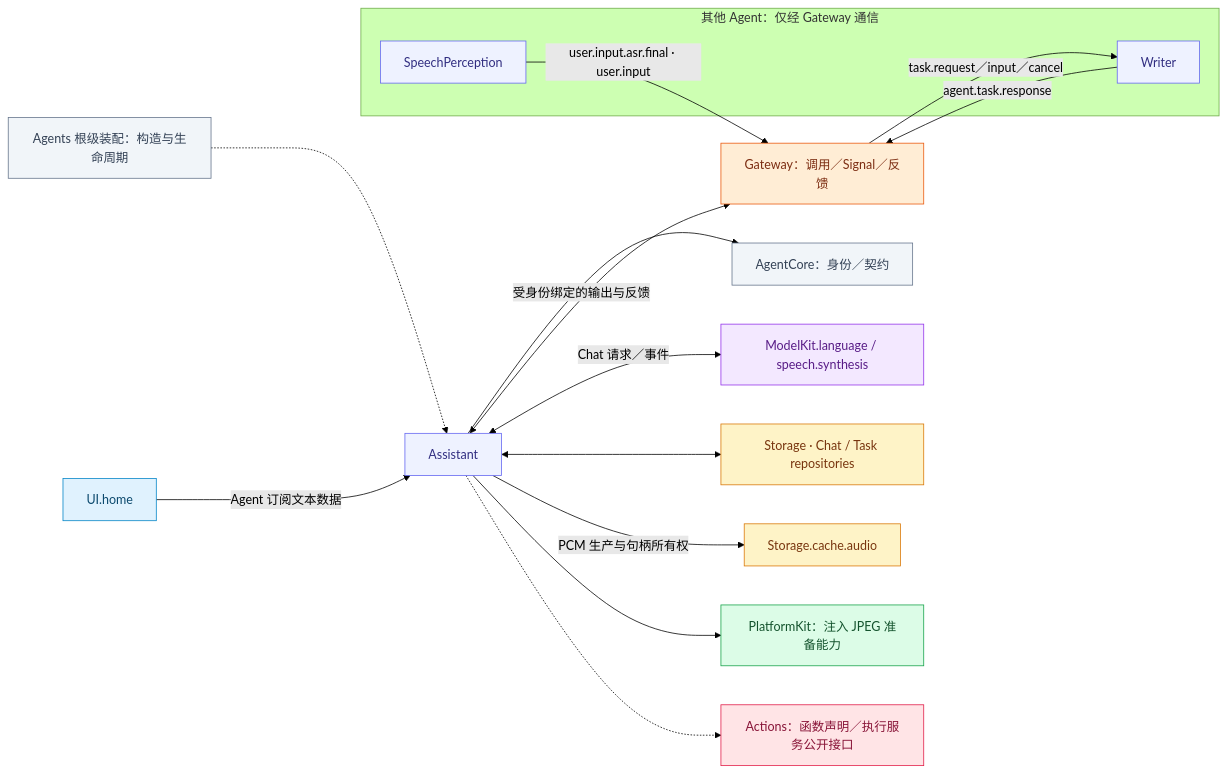
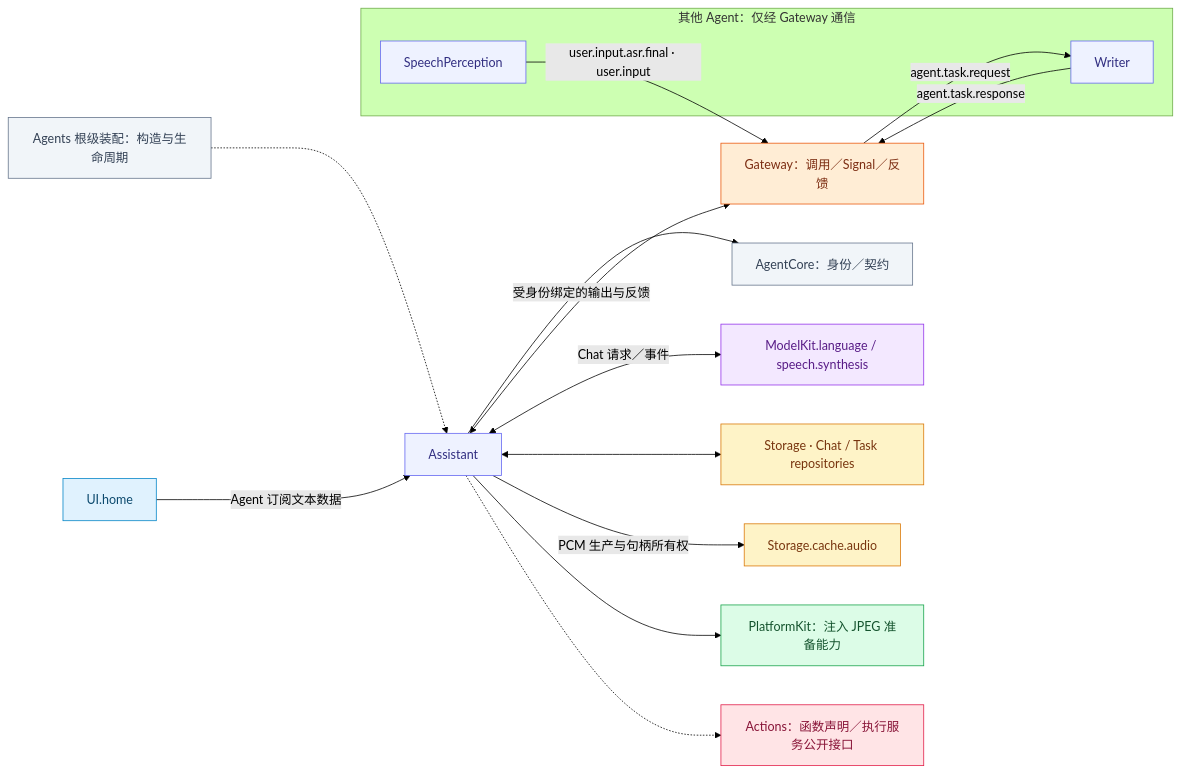
The first of 3 diagrams in MobileHarness/Agents/Assistant/README.md (devilyouwei/MobileHarness), drawn with Mermaid (forest theme) before and after one commit. The commit also changed other lines of this file and 115 other files, not shown here.

````diff
--- a/MobileHarness/Agents/Assistant/README.md
+++ b/MobileHarness/Agents/Assistant/README.md
@@ -35,38 +35,38 @@
 ```mermaid
 flowchart LR
  A["Assistant"]:::agent
  G["Gateway：调用／Signal／反馈"]:::gateway
  C["AgentCore：身份／契约"]:::host
  H["Agents 根级装配：构造与生命周期"]:::host
  H -.-> A
  A --> C
  A <-->|"受身份绑定的输出与反馈"| G
  U["UI.home"]:::ui
  U -->|"Agent 订阅文本数据"| A
  M["ModelKit.language / speech.synthesis"]:::model
  A <-->|"Chat 请求／事件"| M
  S["Storage · Chat / Task repositories"]:::storage
  A <--> S
  AC["Storage.cache.audio"]:::storage
  A -->|"PCM 生产与句柄所有权"| AC
  P["PlatformKit：注入 JPEG 准备能力"]:::platform
  A --> P
  X["Actions：函数声明／执行服务公开接口"]:::action
  A -.-> X
  subgraph Peers["其他 Agent：仅经 Gateway 通信"]
  SP["SpeechPerception"]:::agent
  W["Writer"]:::agent
  end
  SP -->|"user.input.asr.final · user.input"| G
- G -->|"task.request／input／cancel"| W
+ G -->|"agent.task.request"| W
  W -->|"agent.task.response"| G
 
  classDef ui fill:#e0f2fe,stroke:#0284c7,color:#0c4a6e
  classDef platform fill:#dcfce7,stroke:#16a34a,color:#14532d
  classDef model fill:#f3e8ff,stroke:#9333ea,color:#581c87
  classDef storage fill:#fef3c7,stroke:#d97706,color:#78350f
  classDef agent fill:#eef2ff,stroke:#6366f1,color:#312e81
  classDef gateway fill:#ffedd5,stroke:#ea580c,color:#7c2d12
  classDef action fill:#ffe4e6,stroke:#e11d48,color:#881337
  classDef host fill:#f1f5f9,stroke:#64748b,color:#334155
 ```
````
